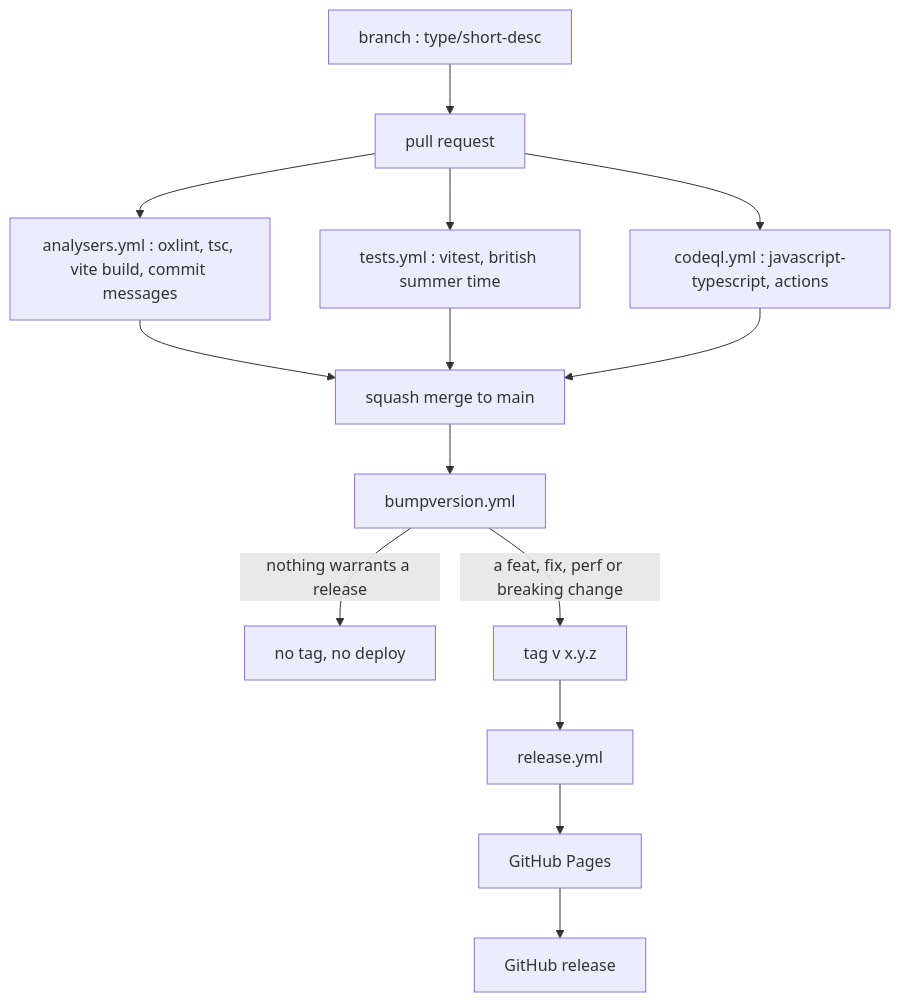
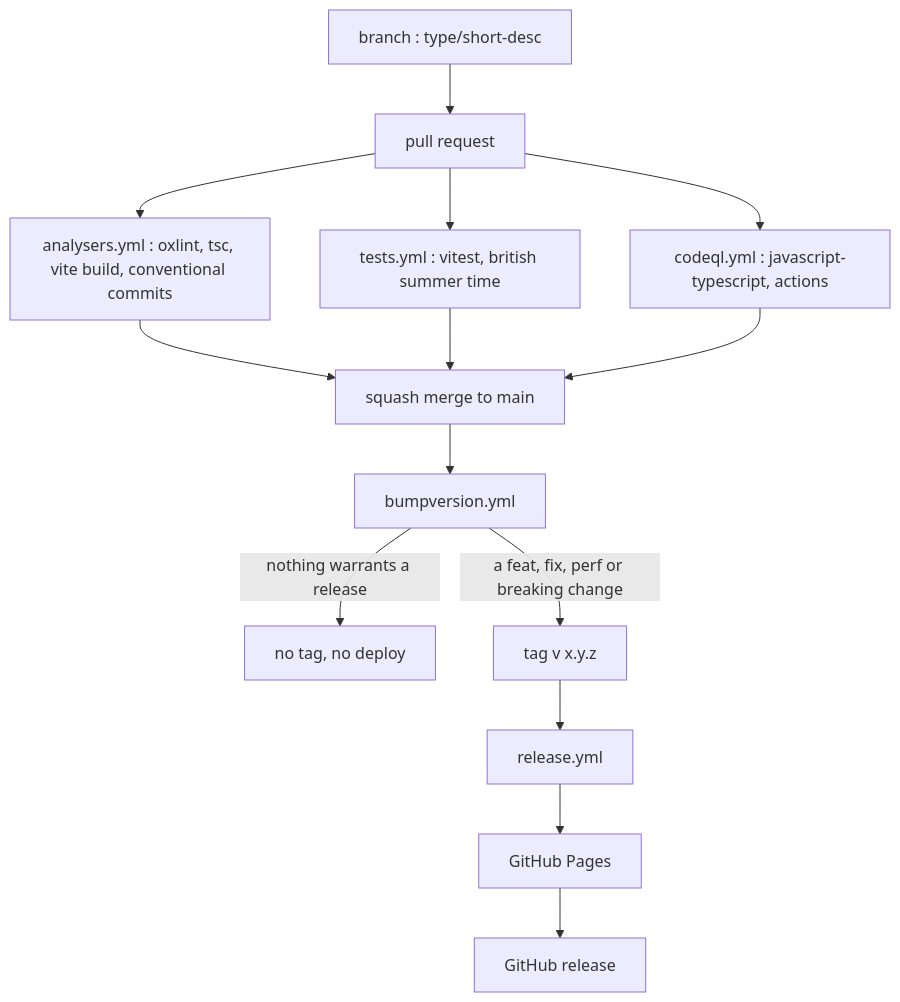
One commit to coolhandle01/telly changed the first of 2 diagrams in docs/architecture/release-process.md. Above: the diagram before and after it, drawn with Mermaid. The commit also changed other lines of this file and 2 other files, not shown here.

First line of the commit message:
fix(ci): name the commitlint job conventional commits

````diff
--- a/docs/architecture/release-process.md
+++ b/docs/architecture/release-process.md
@@ -8,16 +8,16 @@
 ```mermaid
 flowchart TB
   branch["branch : type/short-desc"] --> pr["pull request"]
-  pr --> analysers["analysers.yml : oxlint, tsc, vite build, commit messages"]
+  pr --> analysers["analysers.yml : oxlint, tsc, vite build, conventional commits"]
   pr --> tests["tests.yml : vitest, british summer time"]
   pr --> codeql["codeql.yml : javascript-typescript, actions"]
   analysers --> merge["squash merge to main"]
   tests --> merge
   codeql --> merge
   merge --> bump["bumpversion.yml"]
   bump -->|"nothing warrants a release"| stop["no tag, no deploy"]
   bump -->|"a feat, fix, perf or breaking change"| tag["tag v x.y.z"]
   tag --> release["release.yml"]
   release --> pages["GitHub Pages"]
   pages --> ghrelease["GitHub release"]
 ```
````
